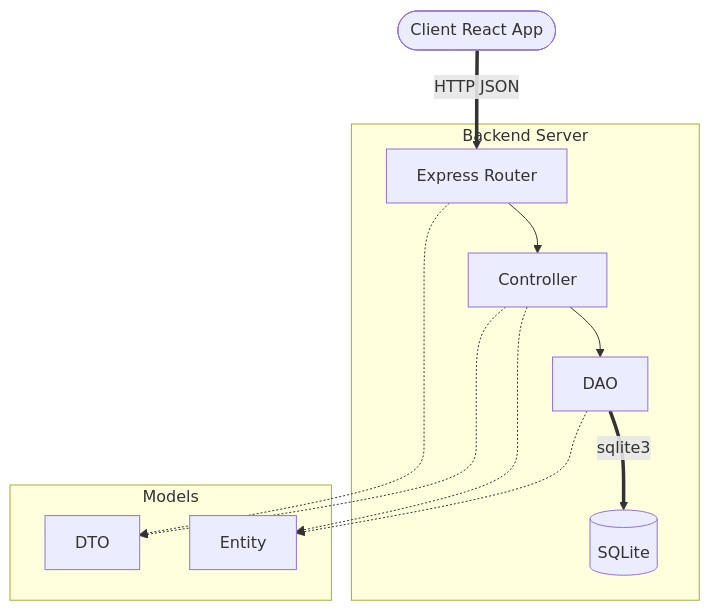
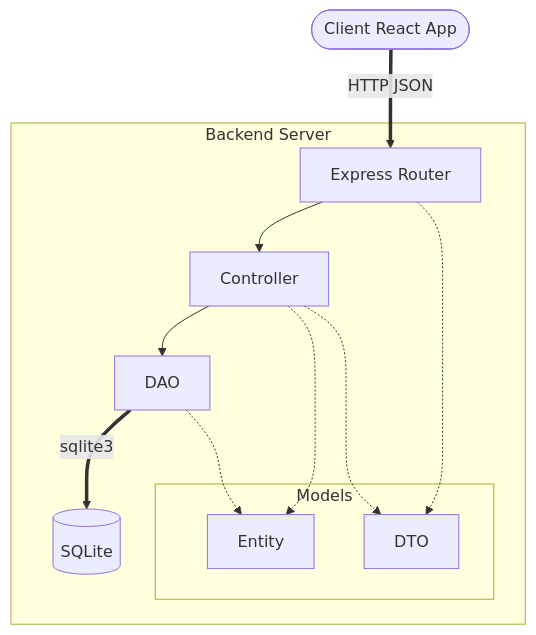
The first of 2 diagrams in README.md (polito-WA1-2026-exam/exam-1-last-race-devgfe), drawn with Mermaid before and after one commit. The commit also changed 10 other files, not shown here.

````diff
--- a/README.md
+++ b/README.md
@@ -27,25 +27,25 @@
 ```mermaid
 flowchart TD
     Client([Client React App])
 
     subgraph Server [Backend Server]
         Router[Express Router]
         Controller[Controller]
         DAO[DAO]
         Database[(SQLite)]
-    end
 
-    subgraph Models [Models]
-        DTO[DTO]
-        Entity[Entity]
+        subgraph Models [Models]
+            DTO[DTO]
+            Entity[Entity]
+        end
     end
 
     Client == "HTTP JSON" ==> Router
     Router --> Controller
     Controller --> DAO
     DAO == "sqlite3" ==> Database
     Controller -.-> Entity
     DAO -.-> Entity
     Controller -.-> DTO
     Router -.-> DTO
 ```
````
